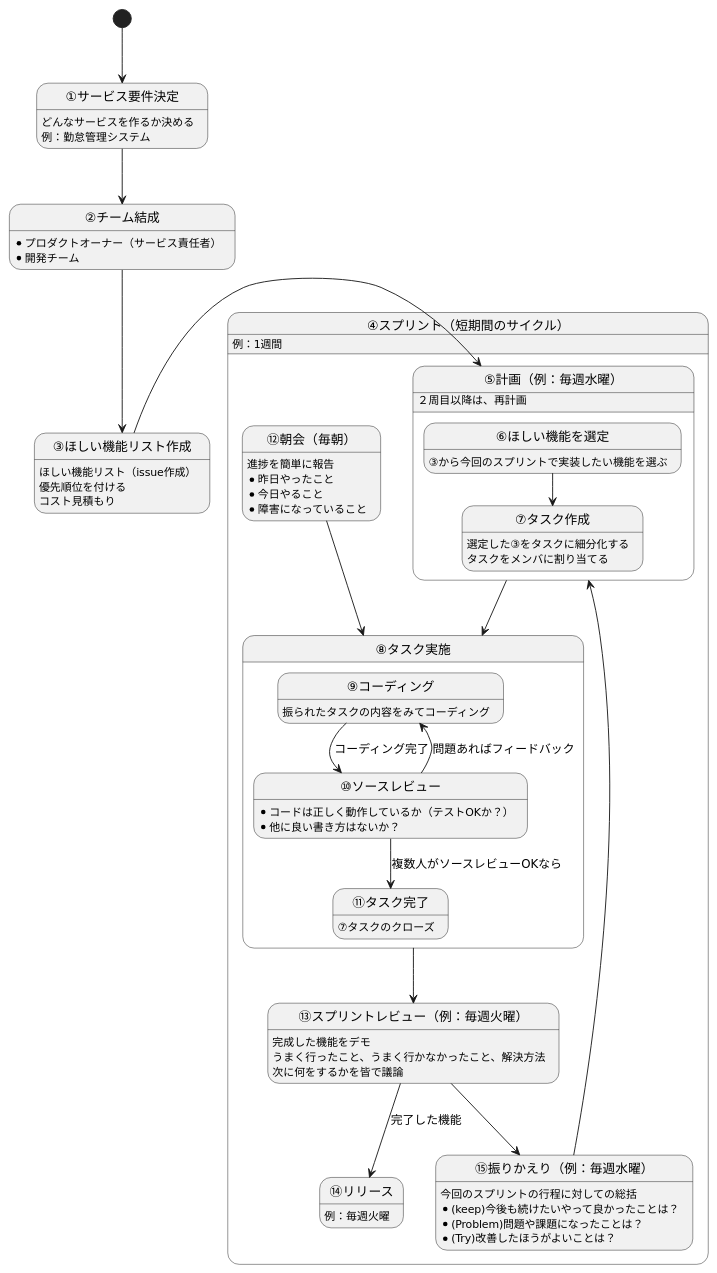
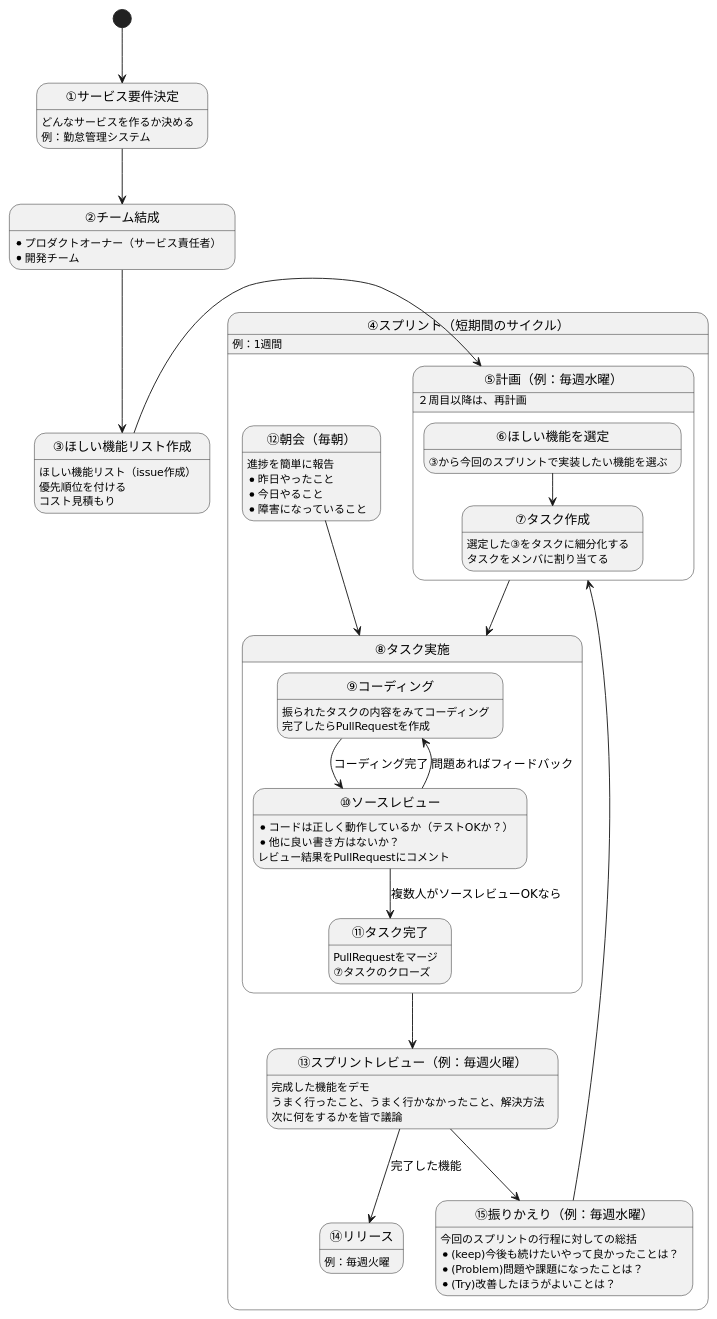
One commit to albyte/Hands-on-2019-03-10 changed the diagram in docs/dev_flow.puml. Above: the diagram before and after it, drawn with PlantUML. The commit also changed 15 other files, not shown here.

```diff
--- a/docs/dev_flow.puml
+++ b/docs/dev_flow.puml
@@ -1,80 +1,83 @@
 @startuml
 hide empty description
 
 [*] --> service
 state "①サービス要件決定" as service
 service: どんなサービスを作るか決める
 service: 例：勤怠管理システム
 
 service --> team
 state "②チーム結成" as team
 team: *プロダクトオーナー（サービス責任者）
 team: *開発チーム
 
 team --> pb
 state "③ほしい機能リスト作成" as pb
 pb: ほしい機能リスト（issue作成）
 pb: 優先順位を付ける
 pb: コスト見積もり
 
 state "④スプリント（短期間のサイクル）" as sprint {
 
     pb -right-> plan
     state "⑤計画（例：毎週水曜）" as plan {
         state "⑥ほしい機能を選定" as select
         select: ③から今回のスプリントで実装したい機能を選ぶ
 
         select --> task
         state "⑦タスク作成" as task
         task: 選定した③をタスクに細分化する
         task: タスクをメンバに割り当てる
 
     }
     plan: ２周目以降は、再計画
 
     plan --> do
     state "⑧タスク実施" as do {
 
         state "⑨コーディング" as code
         code: 振られたタスクの内容をみてコーディング
+        code: 完了したらPullRequestを作成
 
         code --> rv: コーディング完了
         state "⑩ソースレビュー" as rv
         rv: * コードは正しく動作しているか（テストOKか？）
         rv: * 他に良い書き方はないか？
+        rv: レビュー結果をPullRequestにコメント
 
         rv --> code: 問題あればフィードバック
 
         rv --> close: 複数人がソースレビューOKなら
         state "⑪タスク完了" as close
+        close: PullRequestをマージ
         close: ⑦タスクのクローズ
 
     }
     daily --> do
     state "⑫朝会（毎朝）" as daily
     daily: 進捗を簡単に報告
     daily: * 昨日やったこと
     daily: * 今日やること
     daily: * 障害になっていること
 
     do -down-> check
     state "⑬スプリントレビュー（例：毎週火曜）" as check
     check: 完成した機能をデモ
     check: うまく行ったこと、うまく行かなかったこと、解決方法
     check: 次に何をするかを皆で議論
 
     check --> release: 完了した機能
     state "⑭リリース" as release
     release: 例：毎週火曜
 
     check --> action
     state "⑮振りかえり（例：毎週水曜）" as action
     action: 今回のスプリントの行程に対しての総括
     action: * (keep)今後も続けたいやって良かったことは？
     action: * (Problem)問題や課題になったことは？
     action: * (Try)改善したほうがよいことは？
     action --> plan
 
 }
 sprint: 例：1週間
 @enduml
```
